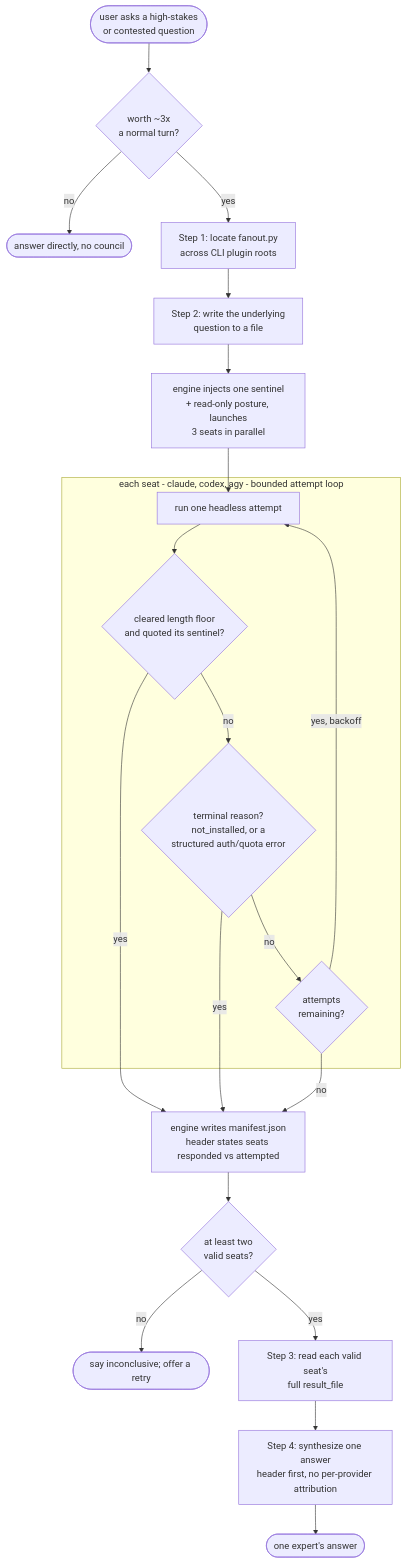
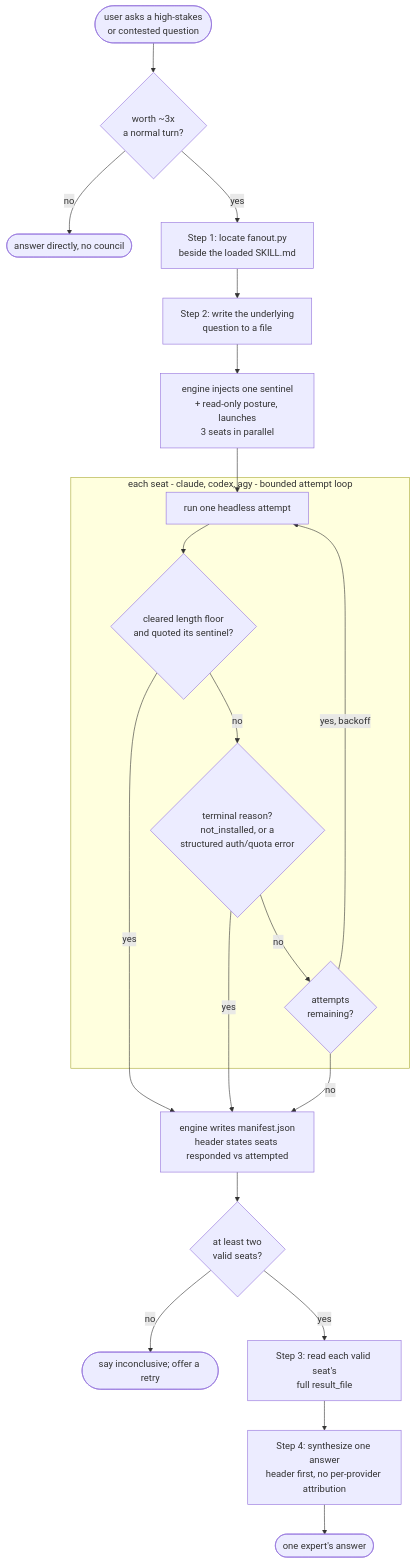
The diagram in docs/skill-charts/llm-council.md (khenrix/khenrix-utils), drawn with Mermaid before and after one commit. The commit also changed 11 other files, not shown here.

First line of the commit message:
fix(llm-council): bind engine to loaded skill and report retry eligibility

````diff
--- a/docs/skill-charts/llm-council.md
+++ b/docs/skill-charts/llm-council.md
@@ -9,29 +9,29 @@
 ```mermaid
 flowchart TD
     accTitle: llm-council fan-out and synthesis flow
     accDescr: Fan one question out to three CLIs in parallel - cost-gate, locate the engine, inject one sentinel and read-only posture, then each seat runs a bounded attempt loop of valid, terminal failure, or retry until the engine writes a manifest. Two or more valid seats synthesize into one answer; fewer than two is reported inconclusive.
 
     START([user asks a high-stakes<br/>or contested question]) --> G_JUSTIFIES{worth ~3x<br/>a normal turn?}
     G_JUSTIFIES -- "no" --> ANSWER([answer directly, no council])
-    G_JUSTIFIES -- "yes" --> LOCATE[Step 1: locate fanout.py<br/>across CLI plugin roots]
+    G_JUSTIFIES -- "yes" --> LOCATE[Step 1: locate fanout.py<br/>beside the loaded SKILL.md]
     LOCATE --> BUILD[Step 2: write the underlying<br/>question to a file]
     BUILD --> FANOUT[engine injects one sentinel<br/>+ read-only posture, launches<br/>3 seats in parallel]
 
     subgraph SEAT ["each seat - claude, codex, agy - bounded attempt loop"]
         ATTEMPT[run one headless attempt] --> G_VALID{cleared length floor<br/>and quoted its sentinel?}
         G_VALID -- "no" --> G_TERMINAL{terminal reason?<br/>not_installed, or a<br/>structured auth/quota error}
         G_TERMINAL -- "no" --> G_ATTEMPTS{attempts<br/>remaining?}
         G_ATTEMPTS -- "yes, backoff" --> ATTEMPT
     end
 
     FANOUT --> ATTEMPT
     MANIFEST[engine writes manifest.json<br/>header states seats responded vs attempted]
     G_VALID -- "yes" --> MANIFEST
     G_TERMINAL -- "yes" --> MANIFEST
     G_ATTEMPTS -- "no" --> MANIFEST
     MANIFEST --> G_TWO{at least two<br/>valid seats?}
     G_TWO -- "no" --> INCONCLUSIVE([say inconclusive; offer a retry])
     G_TWO -- "yes" --> READ[Step 3: read each valid seat's<br/>full result_file]
     READ --> SYNTH[Step 4: synthesize one answer<br/>header first, no per-provider attribution]
     SYNTH --> DONE([one expert's answer])
 ```
````
